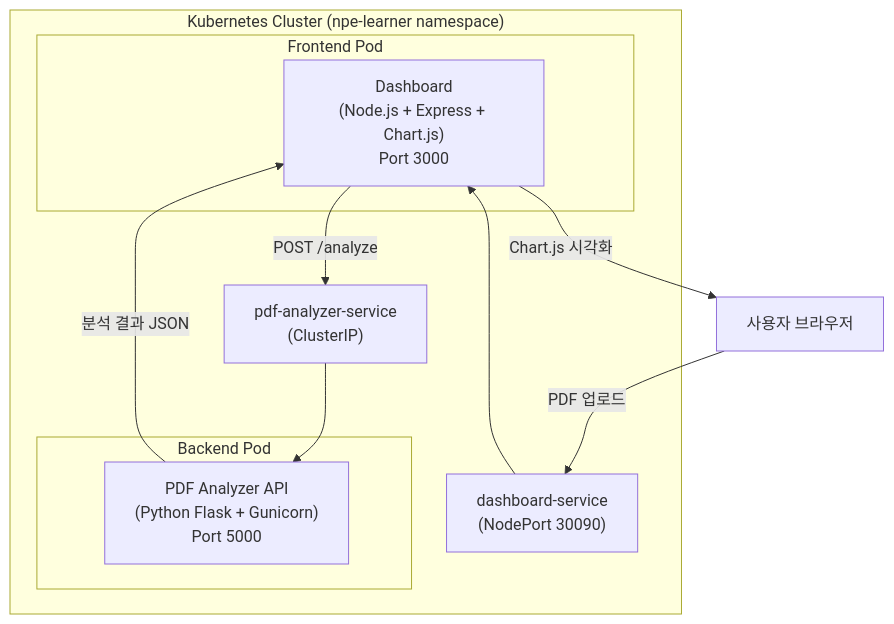
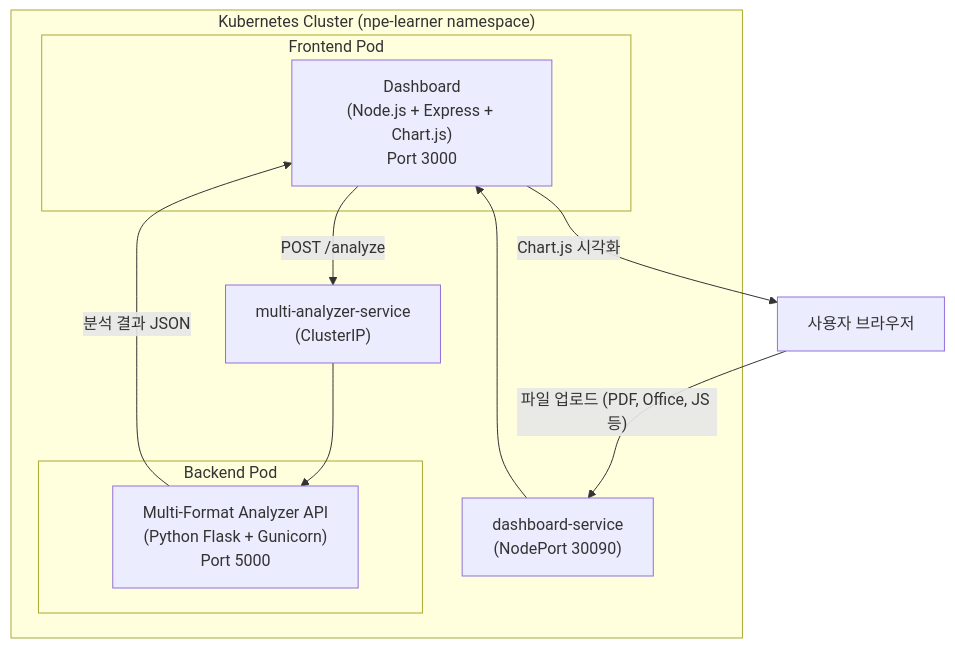
One commit to marcushyungseok/Triangle-AI changed the fifth of 5 diagrams in npe_learner_analysis.md. Above: the diagram before and after it, drawn with Mermaid. The commit also changed other lines of this file and 6 other files, not shown here.

Commit message:
Upgrade to Multi-Format Threat Analyzer (PDF, Office, JS, HTML, LNK)

````diff
--- a/npe_learner_analysis.md
+++ b/npe_learner_analysis.md
@@ -528,20 +528,20 @@
 ```mermaid
 graph TB
     subgraph "Kubernetes Cluster (npe-learner namespace)"
         subgraph "Frontend Pod"
             DASH["Dashboard<br/>(Node.js + Express + Chart.js)<br/>Port 3000"]
         end
         subgraph "Backend Pod"
-            API["PDF Analyzer API<br/>(Python Flask + Gunicorn)<br/>Port 5000"]
+            API["Multi-Format Analyzer API<br/>(Python Flask + Gunicorn)<br/>Port 5000"]
         end
         DASH_SVC["dashboard-service<br/>(NodePort 30090)"]
-        API_SVC["pdf-analyzer-service<br/>(ClusterIP)"]
+        API_SVC["multi-analyzer-service<br/>(ClusterIP)"]
     end
 
-    USER["사용자 브라우저"] -->|"PDF 업로드"| DASH_SVC
+    USER["사용자 브라우저"] -->|"파일 업로드 (PDF, Office, JS 등)"| DASH_SVC
     DASH_SVC --> DASH
     DASH -->|"POST /analyze"| API_SVC
     API_SVC --> API
     API -->|"분석 결과 JSON"| DASH
     DASH -->|"Chart.js 시각화"| USER
 ```
````
